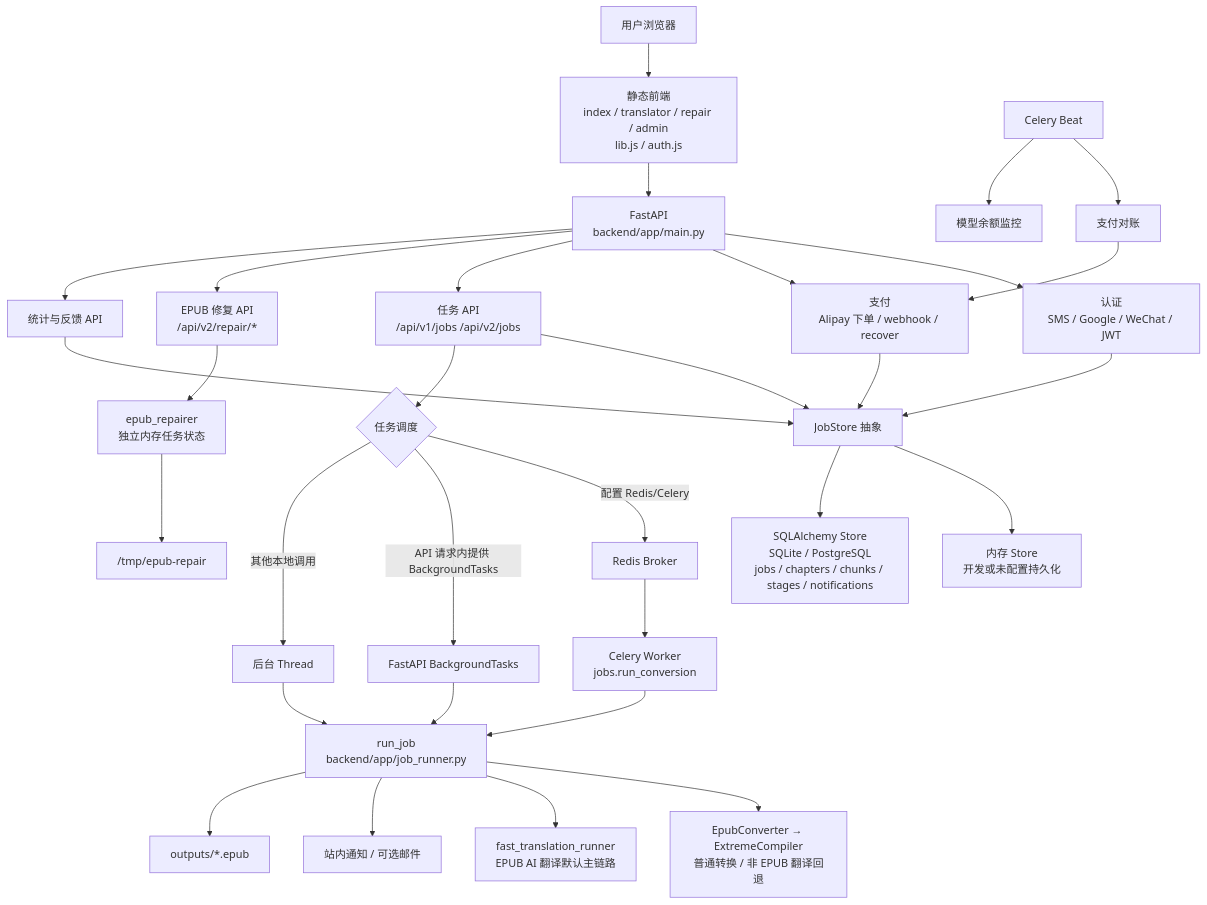
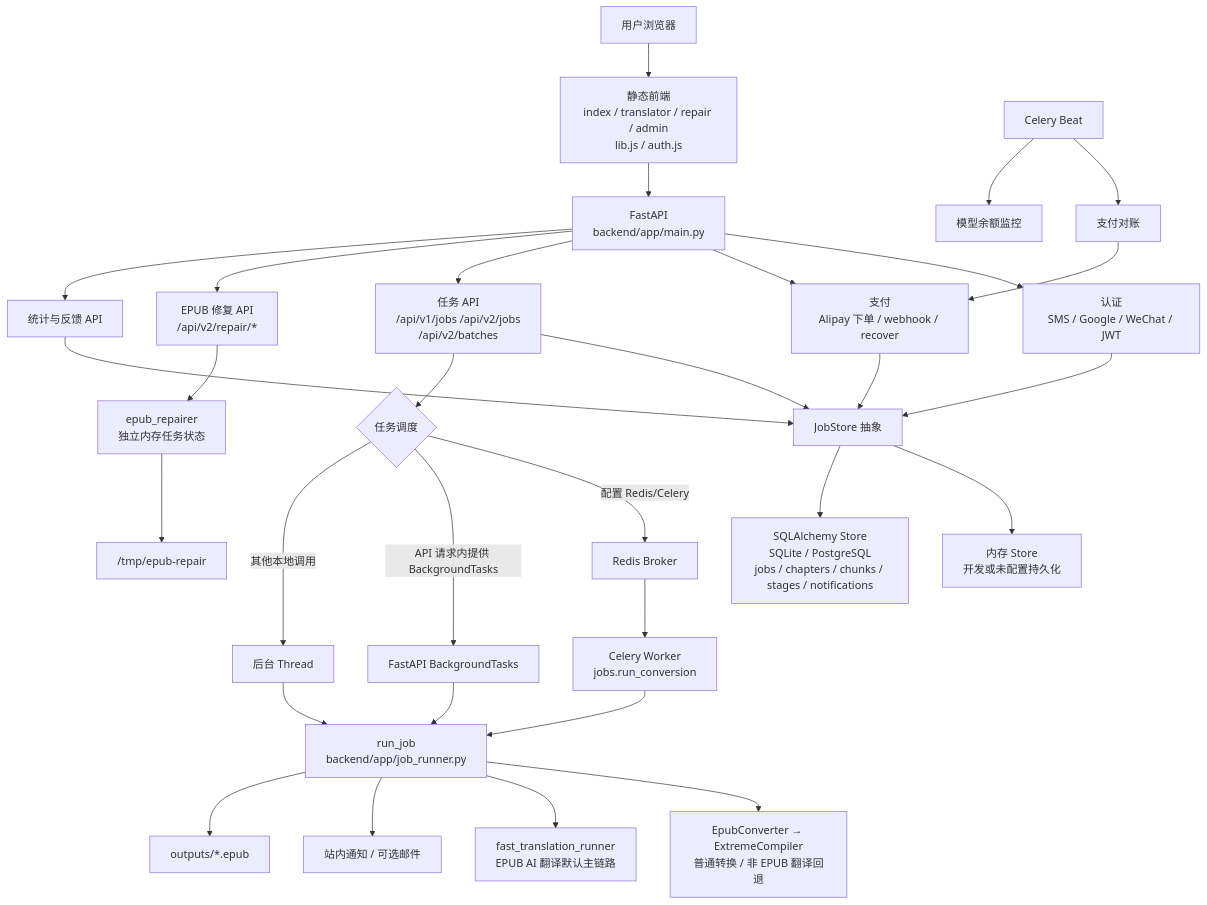
Before and after one commit to zengchanghuan/epub-factory: the first of 3 diagrams in docs/ARCHITECTURE-DIAGRAM.md, drawn with Mermaid. The commit also changed other lines of this file and 8 other files, not shown here.

````diff
--- a/docs/ARCHITECTURE-DIAGRAM.md
+++ b/docs/ARCHITECTURE-DIAGRAM.md
@@ -11,39 +11,39 @@
 ```mermaid
 flowchart TB
   U["用户浏览器"] --> FE["静态前端<br/>index / translator / repair / admin<br/>lib.js / auth.js"]
   FE --> API["FastAPI<br/>backend/app/main.py"]
 
   API --> Auth["认证<br/>SMS / Google / WeChat / JWT"]
   API --> Pay["支付<br/>Alipay 下单 / webhook / recover"]
-  API --> JobAPI["任务 API<br/>/api/v1/jobs /api/v2/jobs"]
+  API --> JobAPI["任务 API<br/>/api/v1/jobs /api/v2/jobs<br/>/api/v2/batches"]
   API --> Repair["EPUB 修复 API<br/>/api/v2/repair/*"]
   API --> Admin["统计与反馈 API"]
 
   JobAPI --> Store["JobStore 抽象"]
   Auth --> Store
   Pay --> Store
   Admin --> Store
   Store --> Mem["内存 Store<br/>开发或未配置持久化"]
   Store --> DB["SQLAlchemy Store<br/>SQLite / PostgreSQL<br/>jobs / chapters / chunks / stages / notifications"]
 
   JobAPI --> Dispatch{"任务调度"}
   Dispatch -->|"配置 Redis/Celery"| Redis["Redis Broker"]
   Redis --> Worker["Celery Worker<br/>jobs.run_conversion"]
   Dispatch -->|"API 请求内提供 BackgroundTasks"| BG["FastAPI BackgroundTasks"]
   Dispatch -->|"其他本地调用"| Thread["后台 Thread"]
   Worker --> Runner["run_job<br/>backend/app/job_runner.py"]
   BG --> Runner
   Thread --> Runner
 
   Runner --> Standard["EpubConverter → ExtremeCompiler<br/>普通转换 / 非 EPUB 翻译回退"]
   Runner --> Fast["fast_translation_runner<br/>EPUB AI 翻译默认主链路"]
   Runner --> Notify["站内通知 / 可选邮件"]
   Runner --> Output["outputs/*.epub"]
 
   Repair --> RepairEngine["epub_repairer<br/>独立内存任务状态"]
   RepairEngine --> RepairTmp["/tmp/epub-repair"]
 
   Beat["Celery Beat"] --> Reconcile["支付对账"]
   Beat --> Balance["模型余额监控"]
   Reconcile --> Pay
 ```
````
